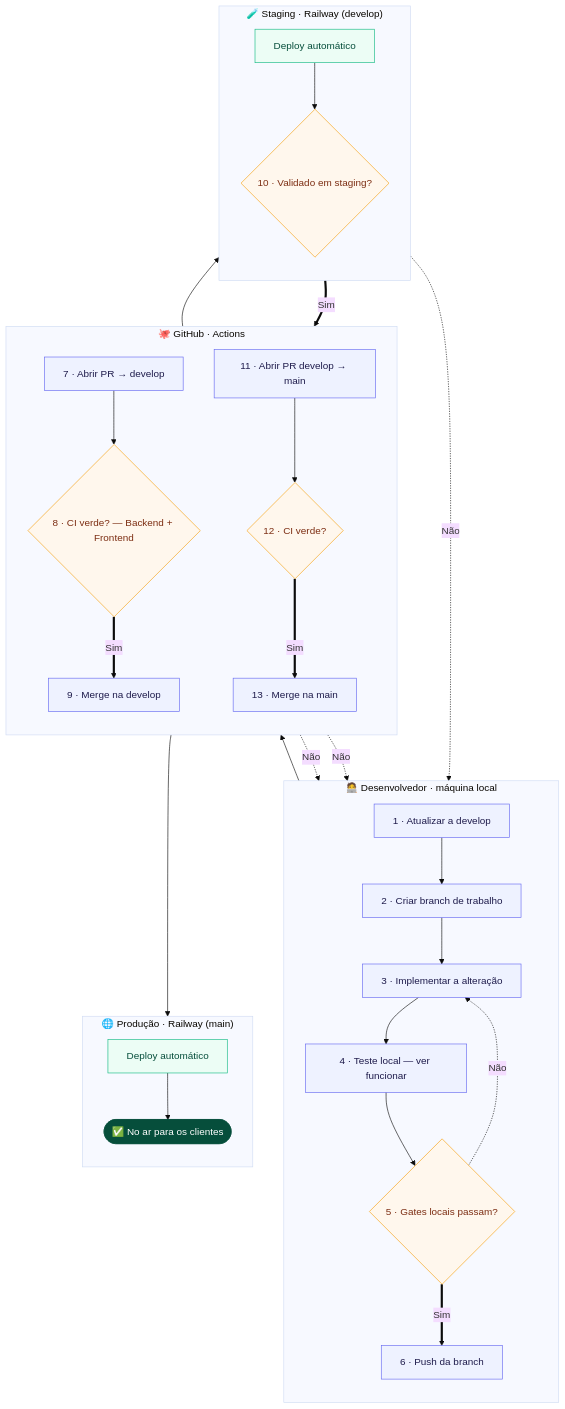
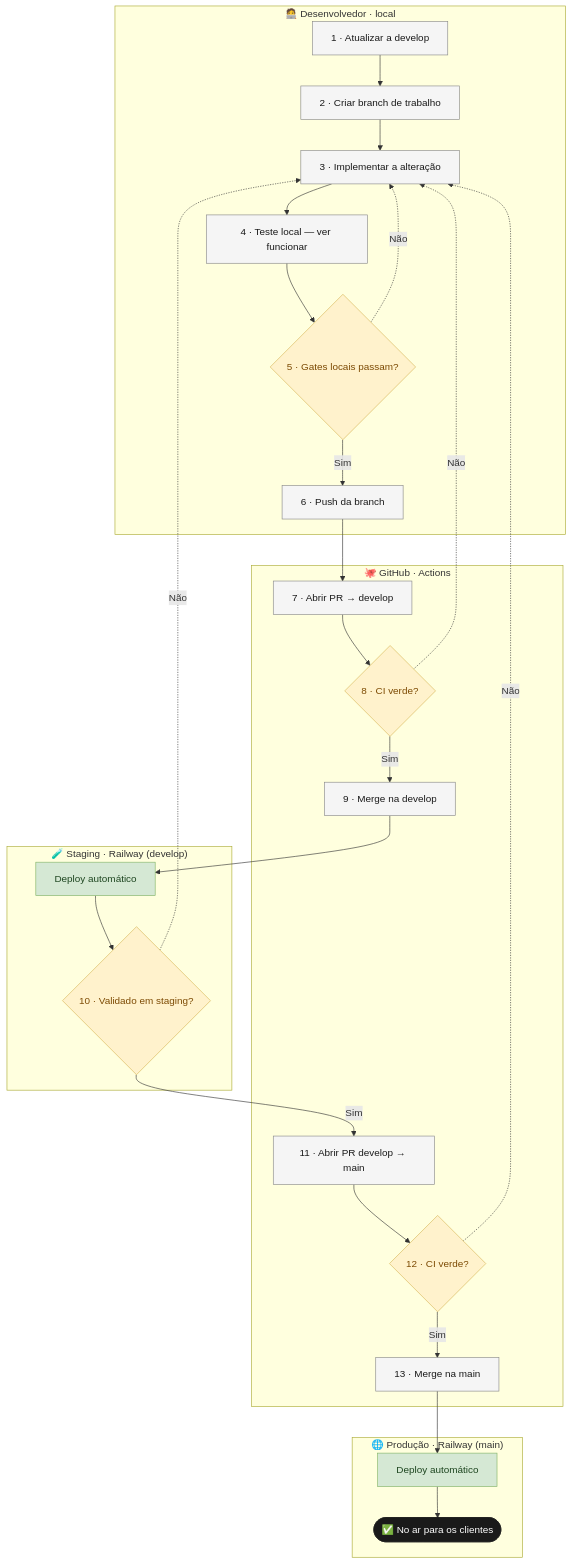
One commit to jgabrielflores/marcenaria-api changed the second of 2 diagrams in docs/fluxo-de-trabalho.md. Above: the diagram before and after it, drawn with Mermaid. The commit also changed other lines of this file, not shown here.

Commit message:
docs: fix pipeline diagram rendering (drop nested direction/thick edges, arquitetura-style classDef)

````diff
--- a/docs/fluxo-de-trabalho.md
+++ b/docs/fluxo-de-trabalho.md
@@ -132,59 +132,53 @@
 ```mermaid
-%%{init: {'theme': 'base'}}%%
 flowchart TD
-    classDef step fill:#eef2ff,stroke:#6366f1,color:#1e1b4b;
-    classDef decision fill:#fff7ed,stroke:#f59e0b,color:#7c2d12;
-    classDef deploy fill:#ecfdf5,stroke:#10b981,color:#064e3b;
-    classDef done fill:#064e3b,stroke:#064e3b,color:#ffffff;
-
-    subgraph DEV["🧑‍💻 Desenvolvedor · máquina local"]
-        direction TB
+    subgraph DEV["🧑‍💻 Desenvolvedor · local"]
         A["1 · Atualizar a develop"]
         B["2 · Criar branch de trabalho"]
         C["3 · Implementar a alteração"]
         D["4 · Teste local — ver funcionar"]
         E{"5 · Gates locais passam?"}
         F["6 · Push da branch"]
     end
 
     subgraph GH["🐙 GitHub · Actions"]
-        direction TB
         G["7 · Abrir PR → develop"]
-        H{"8 · CI verde? — Backend + Frontend"}
+        H{"8 · CI verde?"}
         I["9 · Merge na develop"]
         N["11 · Abrir PR develop → main"]
         O{"12 · CI verde?"}
         P["13 · Merge na main"]
     end
 
     subgraph STG["🧪 Staging · Railway (develop)"]
-        direction TB
         J["Deploy automático"]
         K{"10 · Validado em staging?"}
     end
 
     subgraph PRD["🌐 Produção · Railway (main)"]
-        direction TB
         Q["Deploy automático"]
         R(["✅ No ar para os clientes"])
     end
 
     A --> B --> C --> D --> E
-    E -. "Não" .-> C
-    E == "Sim" ==> F
+    E -->|"Sim"| F
+    E -.->|"Não"| C
     F --> G --> H
-    H -. "Não" .-> C
-    H == "Sim" ==> I
+    H -->|"Sim"| I
+    H -.->|"Não"| C
     I --> J --> K
-    K -. "Não" .-> C
-    K == "Sim" ==> N
+    K -->|"Sim"| N
+    K -.->|"Não"| C
     N --> O
-    O -. "Não" .-> C
-    O == "Sim" ==> P
+    O -->|"Sim"| P
+    O -.->|"Não"| C
     P --> Q --> R
 
+    classDef step fill:#f5f5f5,stroke:#888,color:#1a1a1a
+    classDef decision fill:#fff2cc,stroke:#d6b656,color:#7c4a03
+    classDef deploy fill:#d5e8d4,stroke:#82b366,color:#1e4620
+    classDef done fill:#1a1a1a,stroke:#1a1a1a,color:#ffffff
     class A,B,C,D,F,G,I,N,P step
     class E,H,K,O decision
     class J,Q deploy
     class R done
 ```
````
